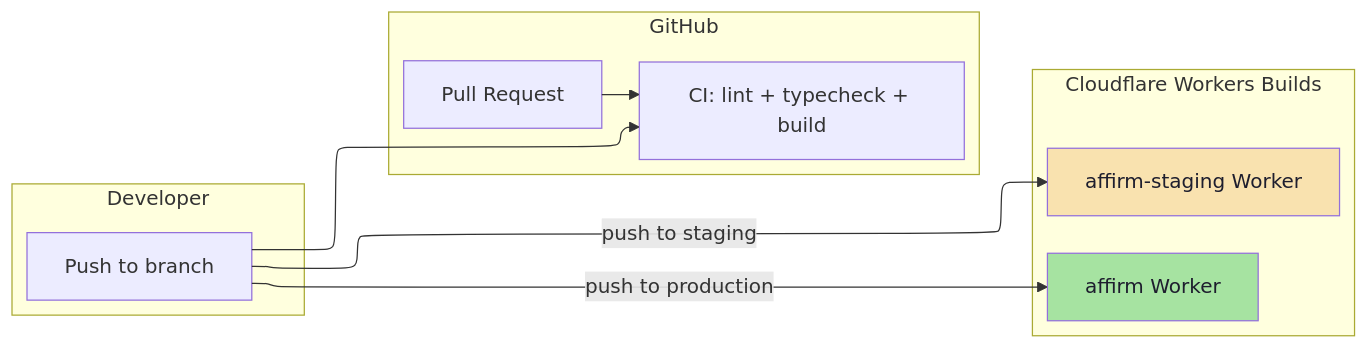
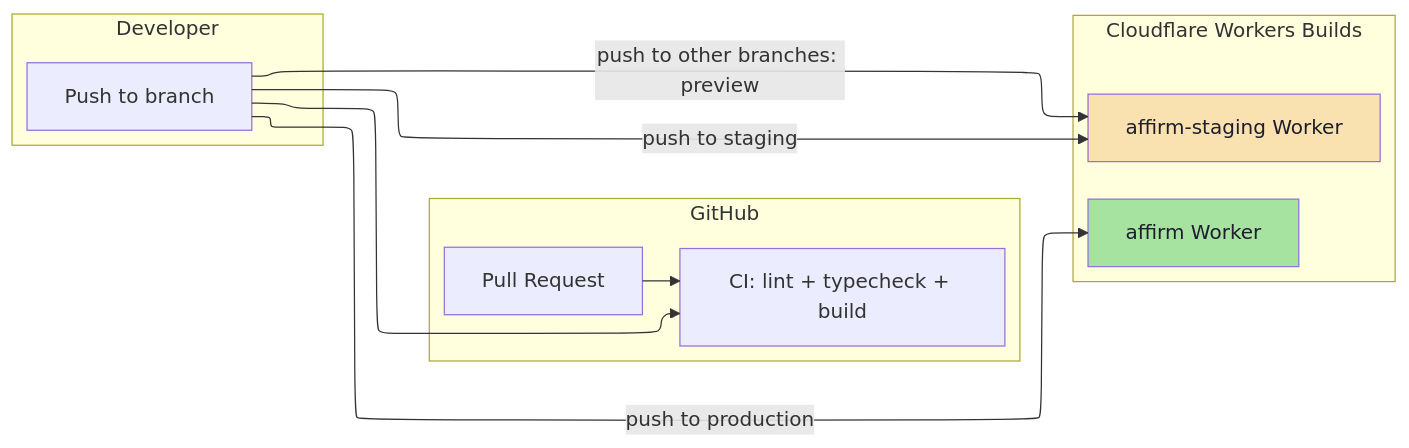
One commit to tecapps/affirm changed the sixth of 7 diagrams in GETTING-STARTED.md. Above: the diagram before and after it, drawn with Mermaid. The commit also changed other lines of this file and 2 other files, not shown here.

````diff
--- a/GETTING-STARTED.md
+++ b/GETTING-STARTED.md
@@ -517,28 +518,29 @@
 ```mermaid
 ---
 config:
   layout: elk
 ---
 flowchart LR
     subgraph "Developer"
         DEV["Push to branch"]
     end
 
     subgraph "GitHub"
         CI["CI: lint + typecheck + build"]
         PR["Pull Request"]
     end
 
     subgraph "Cloudflare Workers Builds"
         STG["affirm-staging Worker"]
         PROD["affirm Worker"]
     end
 
     DEV --> CI
     DEV -->|"push to staging"| STG
     DEV -->|"push to production"| PROD
+    DEV -->|"push to other branches: preview"| STG
     PR --> CI
 
     style STG fill:#f9e2af,color:#1e1e2e
     style PROD fill:#a6e3a1,color:#1e1e2e
 ```
````
